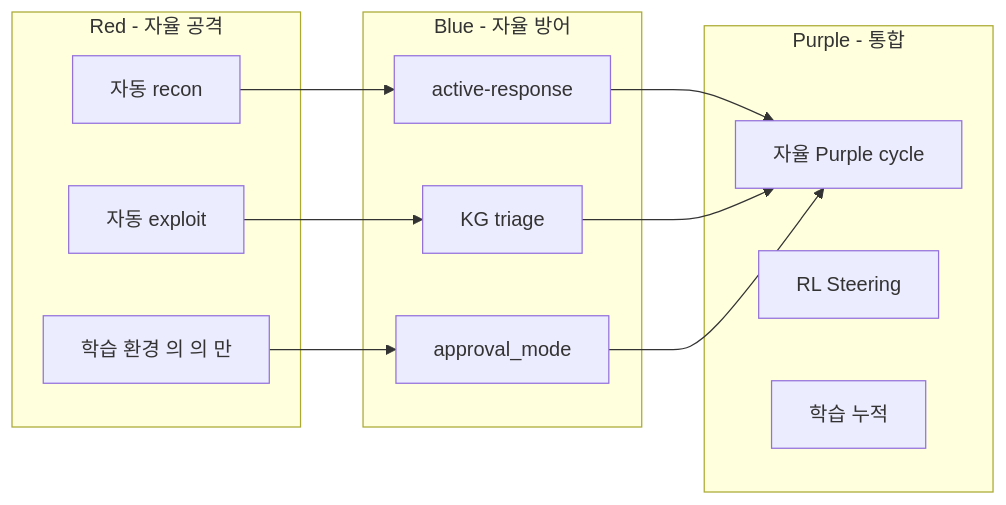
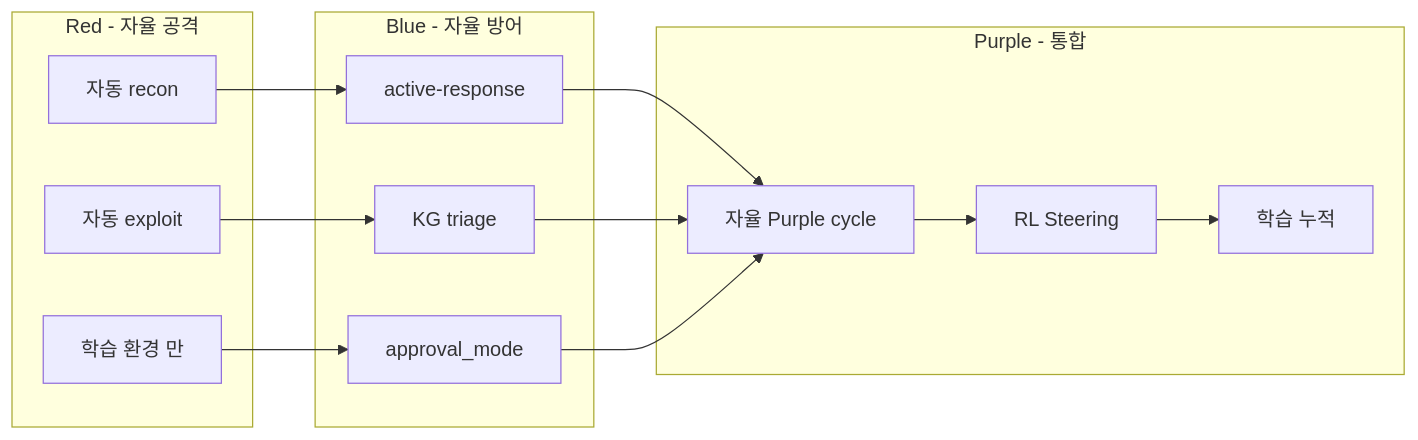
The fourth of 4 diagrams in contents/standalone/lecture/aisec/week12.md (mrgrit/ccc), drawn with Mermaid before and after one commit. The commit also changed other lines of this file and 1 other file, not shown here.

````diff
--- a/contents/standalone/lecture/aisec/week12.md
+++ b/contents/standalone/lecture/aisec/week12.md
@@ -264,24 +335,25 @@
 ```mermaid
 flowchart LR
     subgraph Red [Red - 자율 공격]
         R1[자동 recon]
         R2[자동 exploit]
-        R3[학습 환경 의 의 만]
+        R3[학습 환경 만]
     end
 
     subgraph Blue [Blue - 자율 방어]
         B1[active-response]
         B2[KG triage]
         B3[approval_mode]
     end
 
     subgraph Purple [Purple - 통합]
         P1[자율 Purple cycle]
         P2[RL Steering]
         P3[학습 누적]
     end
 
     R1 --> B1 --> P1
     R2 --> B2 --> P1
     R3 --> B3 --> P1
+    P1 --> P2 --> P3
 ```
````
